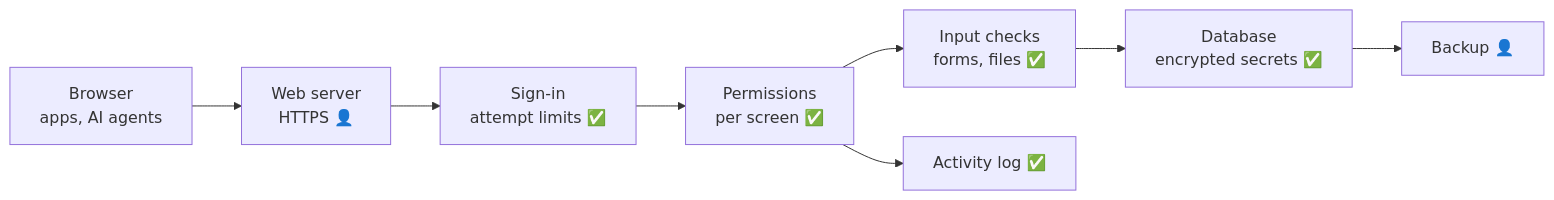
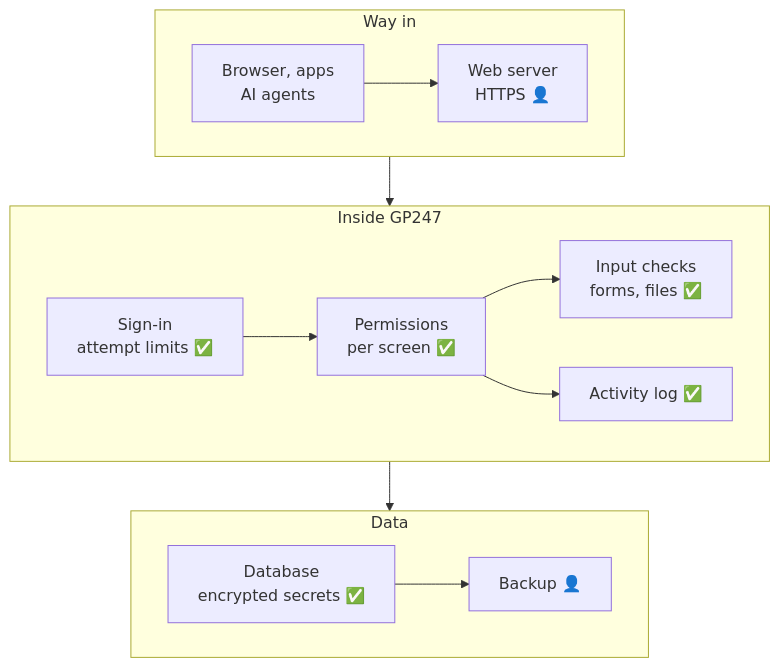
The diagram in security/security-built-in.md (gp247net/gp247-docs), drawn with Mermaid before and after one commit. The commit also changed 44 other files, not shown here.

First line of the commit message:
docs: redraw oversized diagrams in security, API and MCP docs (vi/en/ja)

````diff
--- a/security/security-built-in.md
+++ b/security/security-built-in.md
@@ -15,10 +15,18 @@
 ```mermaid
-flowchart LR
-    U["Browser<br/>apps, AI agents"] --> W["Web server<br/>HTTPS 👤"]
-    W --> A["Sign-in<br/>attempt limits ✅"]
-    A --> P["Permissions<br/>per screen ✅"]
-    P --> I["Input checks<br/>forms, files ✅"]
-    I --> D["Database<br/>encrypted secrets ✅"]
-    P --> L["Activity log ✅"]
-    D --> K["Backup 👤"]
+flowchart TB
+    subgraph O["Way in"]
+        direction LR
+        U["Browser, apps<br/>AI agents"] --> W["Web server<br/>HTTPS 👤"]
+    end
+    subgraph APP["Inside GP247"]
+        direction LR
+        A["Sign-in<br/>attempt limits ✅"] --> P["Permissions<br/>per screen ✅"]
+        P --> I["Input checks<br/>forms, files ✅"]
+        P --> L["Activity log ✅"]
+    end
+    subgraph DATA["Data"]
+        direction LR
+        D["Database<br/>encrypted secrets ✅"] --> K["Backup 👤"]
+    end
+    O --> APP --> DATA
 ```
````
